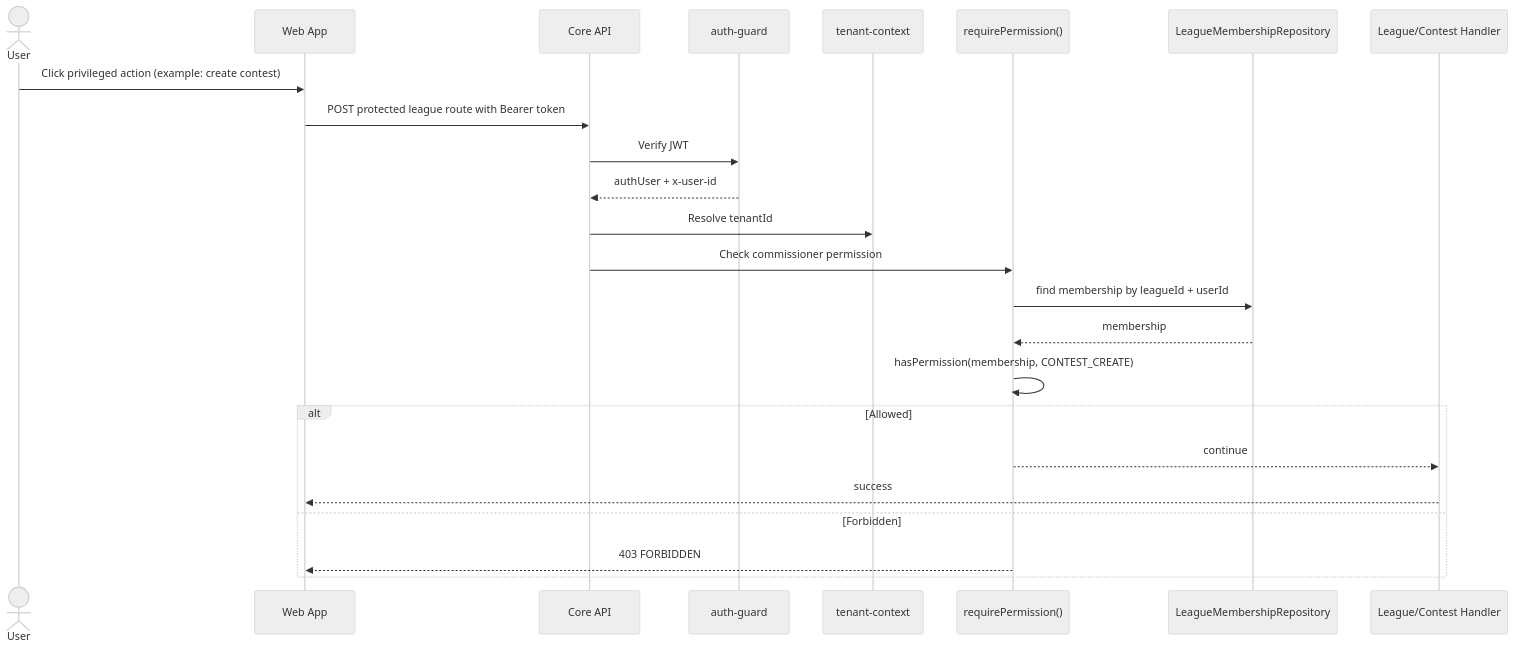
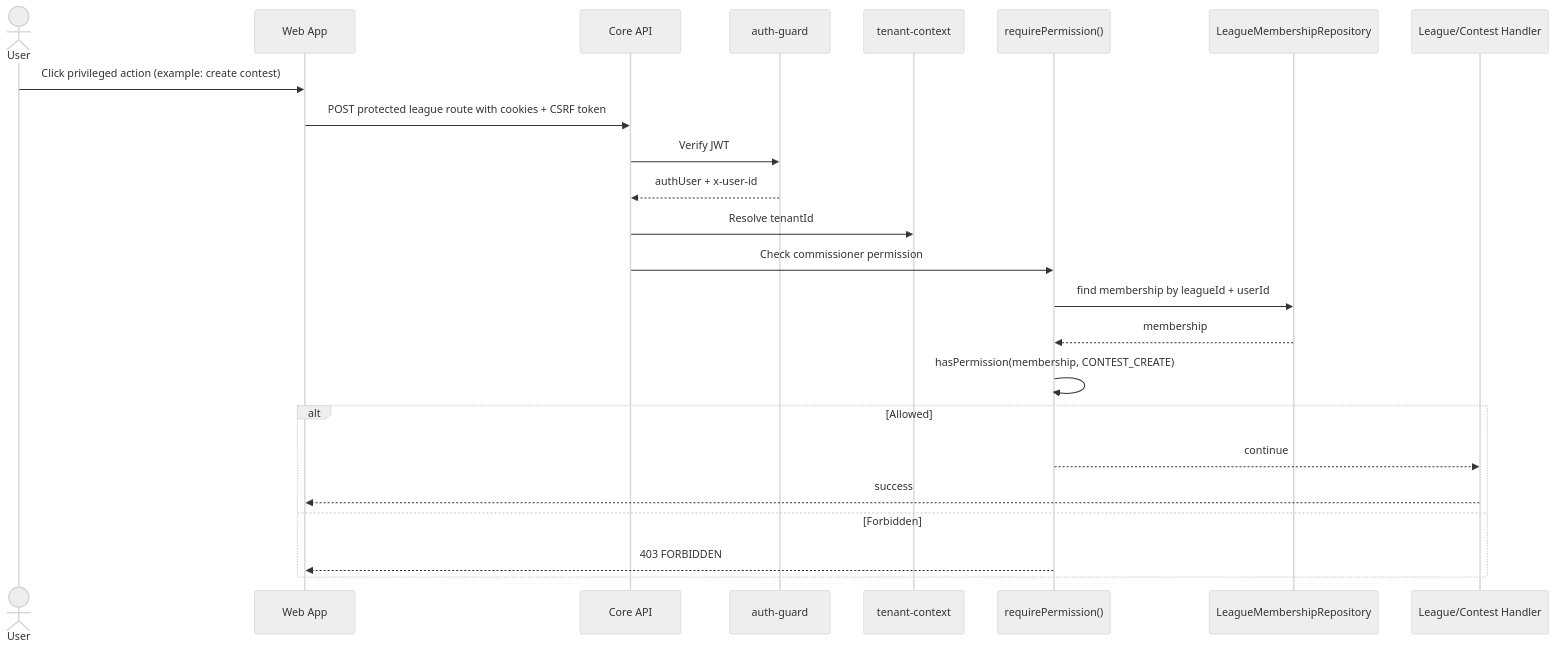
Before and after one commit to derek-dorazio/pool-master: the second of 6 diagrams in docs/AUTHENTICATION-AUTHORIZATION.md, drawn with Mermaid (neutral theme). The commit also changed other lines of this file and 31 other files, not shown here.

````diff
--- a/docs/AUTHENTICATION-AUTHORIZATION.md
+++ b/docs/AUTHENTICATION-AUTHORIZATION.md
@@ -174,27 +179,27 @@
 ```mermaid
 sequenceDiagram
     actor User
     participant Web as Web App
     participant API as Core API
     participant Guard as auth-guard
     participant Tenant as tenant-context
     participant Perm as requirePermission()
     participant Repo as LeagueMembershipRepository
     participant Route as League/Contest Handler
 
     User->>Web: Click privileged action (example: create contest)
-    Web->>API: POST protected league route with Bearer token
+    Web->>API: POST protected league route with cookies + CSRF token
     API->>Guard: Verify JWT
     Guard-->>API: authUser + x-user-id
     API->>Tenant: Resolve tenantId
     API->>Perm: Check commissioner permission
     Perm->>Repo: find membership by leagueId + userId
     Repo-->>Perm: membership
     Perm->>Perm: hasPermission(membership, CONTEST_CREATE)
     alt Allowed
         Perm-->>Route: continue
         Route-->>Web: success
     else Forbidden
         Perm-->>Web: 403 FORBIDDEN
     end
 ```
````
